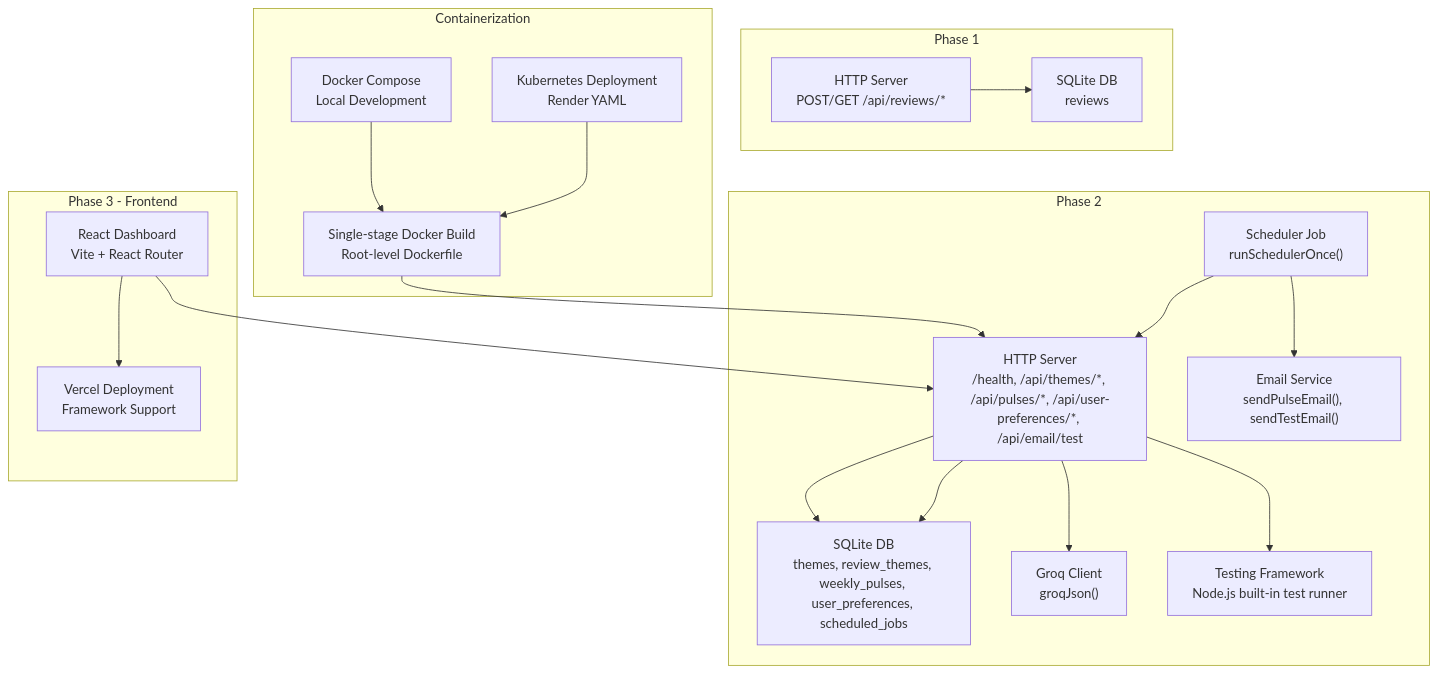
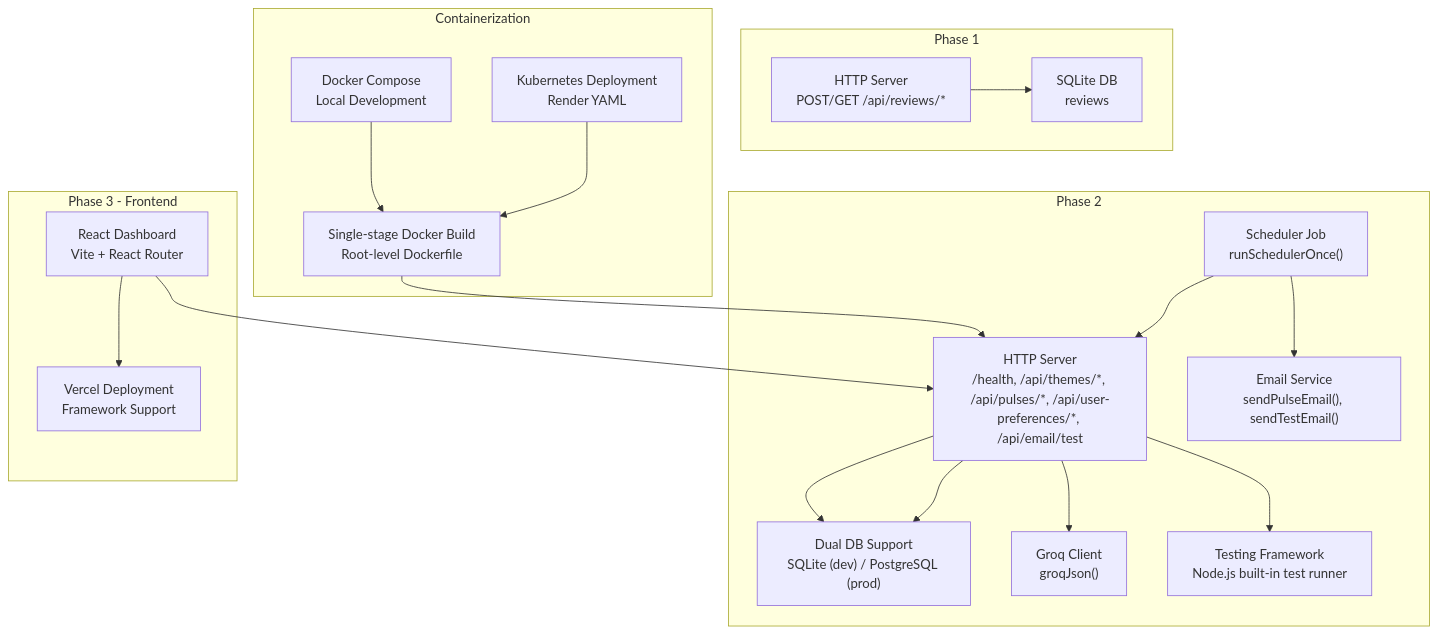
One commit to aravinthraj-ramalingam/Groww-App-Review-Insights-Analyzer- changed the first of 5 diagrams in .qoder/repowiki/en/content/Deployment & Operations.md. Above: the diagram before and after it, drawn with Mermaid. The commit also changed other lines of this file and 7 other files, not shown here.

````diff
--- a/.qoder/repowiki/en/content/Deployment & Operations.md
+++ b/.qoder/repowiki/en/content/Deployment & Operations.md
@@ -87,36 +88,36 @@
 ```mermaid
 graph TB
 subgraph "Phase 1"
 P1S["HTTP Server<br/>POST/GET /api/reviews/*"]
 P1DB["SQLite DB<br/>reviews"]
 end
 subgraph "Phase 2"
 P2S["HTTP Server<br/>/health, /api/themes/*, /api/pulses/*, /api/user-preferences/*, /api/email/test"]
-P2DB["SQLite DB<br/>themes, review_themes, weekly_pulses, user_preferences, scheduled_jobs"]
+P2DB["Dual DB Support<br/>SQLite (dev) / PostgreSQL (prod)"]
 SCH["Scheduler Job<br/>runSchedulerOnce()"]
 EMAIL["Email Service<br/>sendPulseEmail(), sendTestEmail()"]
 GROQ["Groq Client<br/>groqJson()"]
 TESTS["Testing Framework<br/>Node.js built-in test runner"]
 end
 subgraph "Phase 3 - Frontend"
 FRONTEND["React Dashboard<br/>Vite + React Router"]
 VERCEL["Vercel Deployment<br/>Framework Support"]
 end
 subgraph "Containerization"
 DOCKER["Single-stage Docker Build<br/>Root-level Dockerfile"]
 K8S["Kubernetes Deployment<br/>Render YAML"]
 COMPOSE["Docker Compose<br/>Local Development"]
 end
 P1S --> P1DB
 P2S --> P2DB
 SCH --> P2S
 SCH --> EMAIL
 P2S --> GROQ
 P2S --> P2DB
 P2S --> TESTS
 FRONTEND --> P2S
 FRONTEND --> VERCEL
 DOCKER --> P2S
 K8S --> DOCKER
 COMPOSE --> DOCKER
 ```
````
